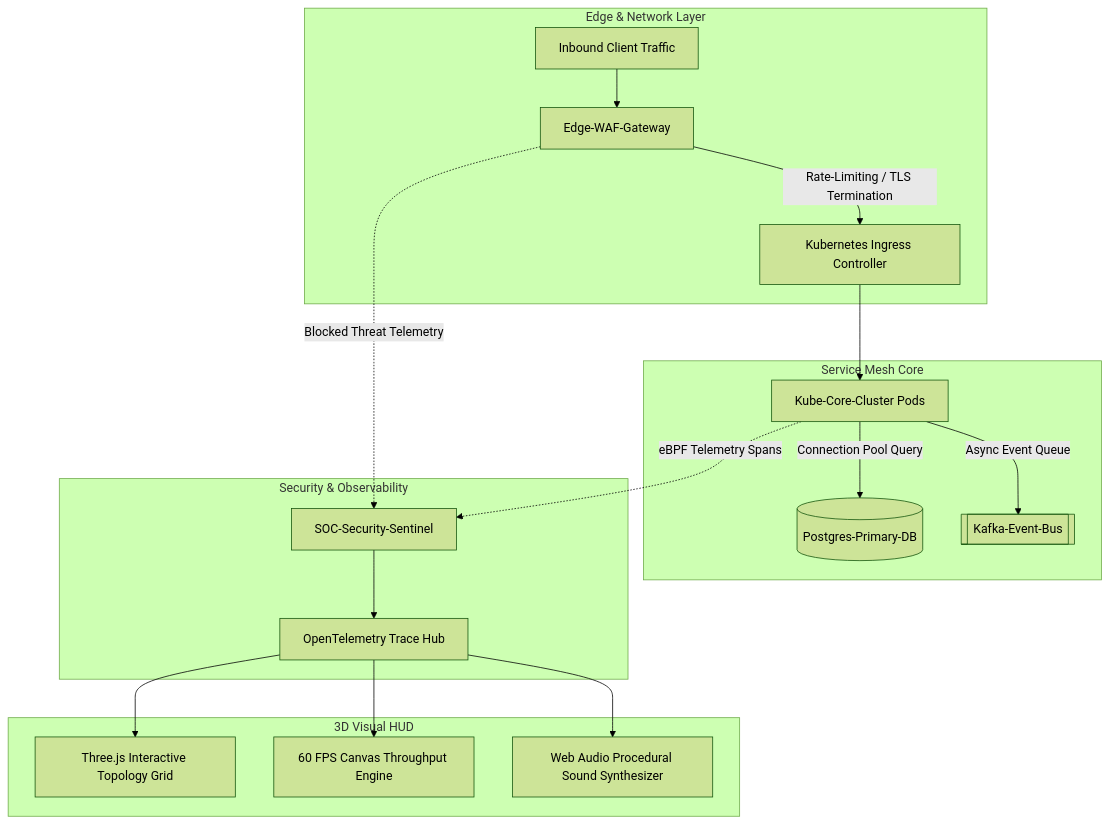
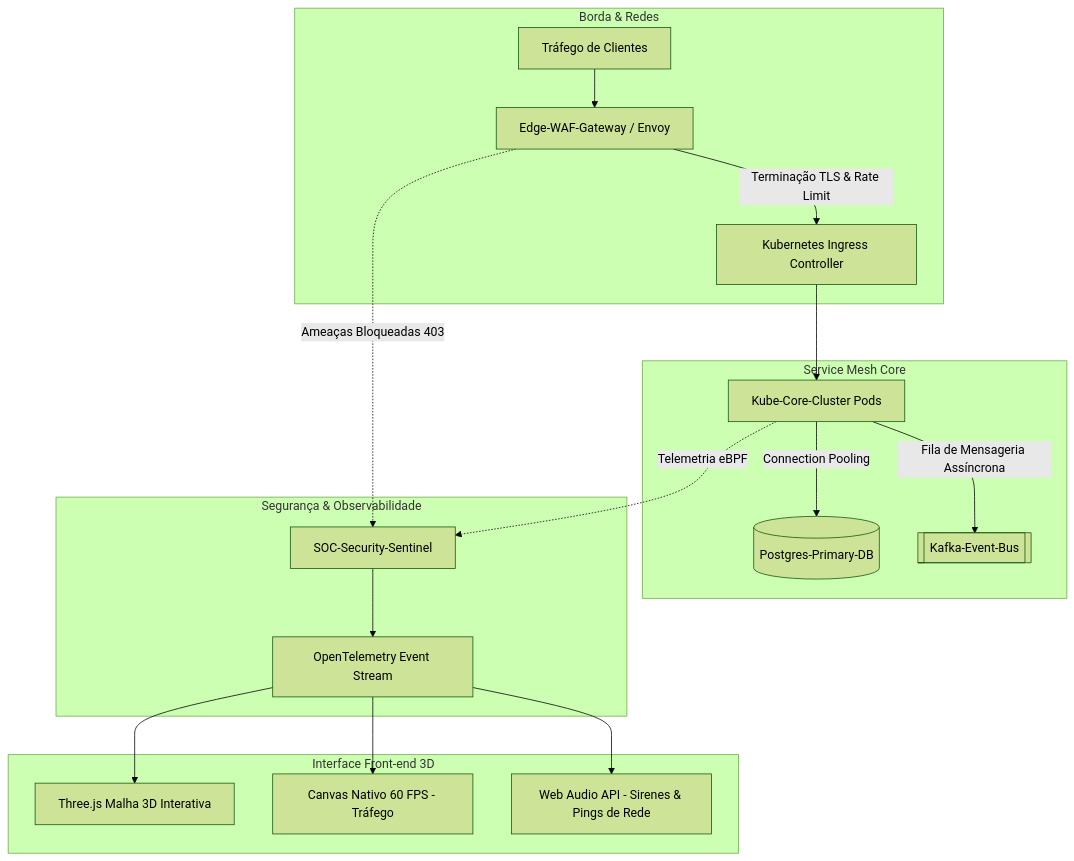
Before and after one commit to MarcosAosf/netpulse-3d: the diagram in README.md, drawn with Mermaid (forest theme). The commit also changed other lines of this file and 3 other files, not shown here.

````diff
--- a/README.md
+++ b/README.md
@@ -37,25 +39,25 @@
 ```mermaid
 flowchart TD
-    subgraph Edge & Network Layer
-        A[Inbound Client Traffic] --> B[Edge-WAF-Gateway]
-        B -->|Rate-Limiting / TLS Termination| C[Kubernetes Ingress Controller]
+    subgraph Borda & Redes
+        A[Tráfego de Clientes] --> B[Edge-WAF-Gateway / Envoy]
+        B -->|Terminação TLS & Rate Limit| C[Kubernetes Ingress Controller]
     end
 
     subgraph Service Mesh Core
         C --> D[Kube-Core-Cluster Pods]
-        D -->|Connection Pool Query| E[(Postgres-Primary-DB)]
-        D -->|Async Event Queue| F[[Kafka-Event-Bus]]
+        D -->|Connection Pooling| E[(Postgres-Primary-DB)]
+        D -->|Fila de Mensageria Assíncrona| F[[Kafka-Event-Bus]]
     end
 
-    subgraph Security & Observability
-        D -.->|eBPF Telemetry Spans| G[SOC-Security-Sentinel]
-        B -.->|Blocked Threat Telemetry| G
-        G --> H[OpenTelemetry Trace Hub]
+    subgraph Segurança & Observabilidade
+        D -.->|Telemetria eBPF| G[SOC-Security-Sentinel]
+        B -.->|Ameaças Bloqueadas 403| G
+        G --> H[OpenTelemetry Event Stream]
     end
 
-    subgraph 3D Visual HUD
-        H --> I[Three.js Interactive Topology Grid]
-        H --> J[60 FPS Canvas Throughput Engine]
-        H --> K[Web Audio Procedural Sound Synthesizer]
+    subgraph Interface Front-end 3D
+        H --> I[Three.js Malha 3D Interativa]
+        H --> J[Canvas Nativo 60 FPS - Tráfego]
+        H --> K[Web Audio API - Sirenes & Pings de Rede]
     end
 ```
````
